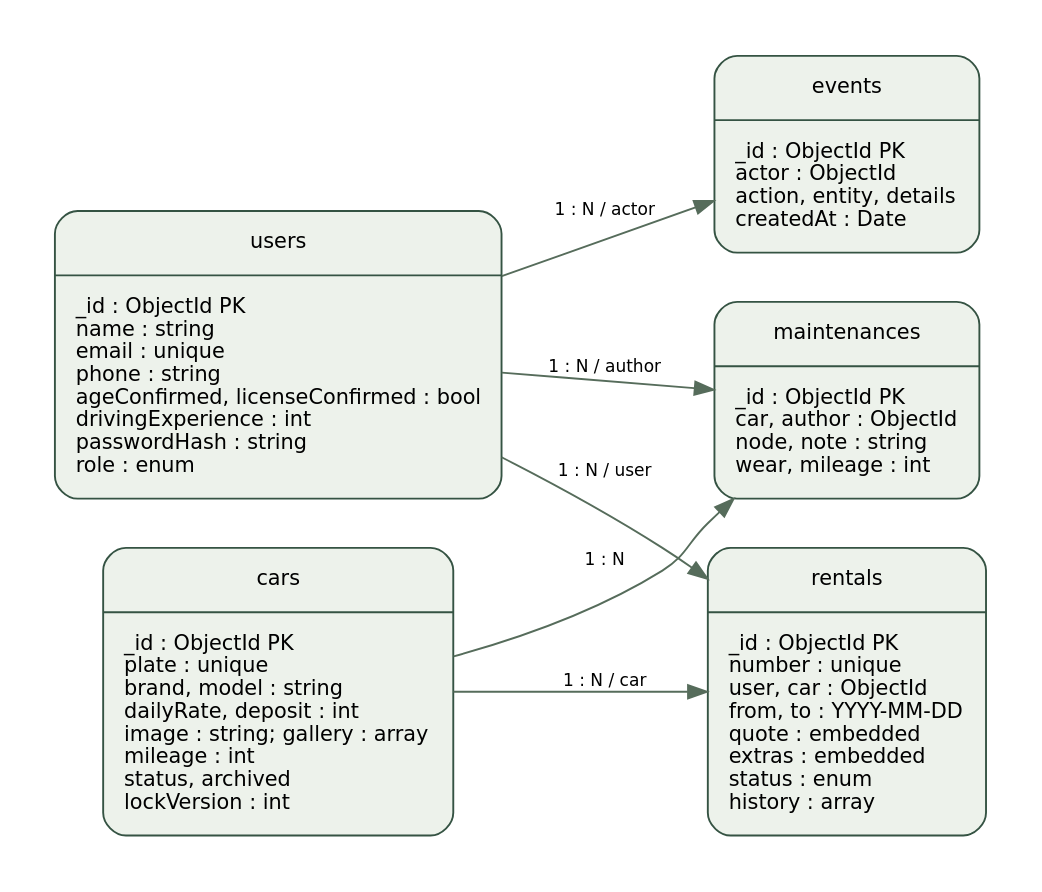
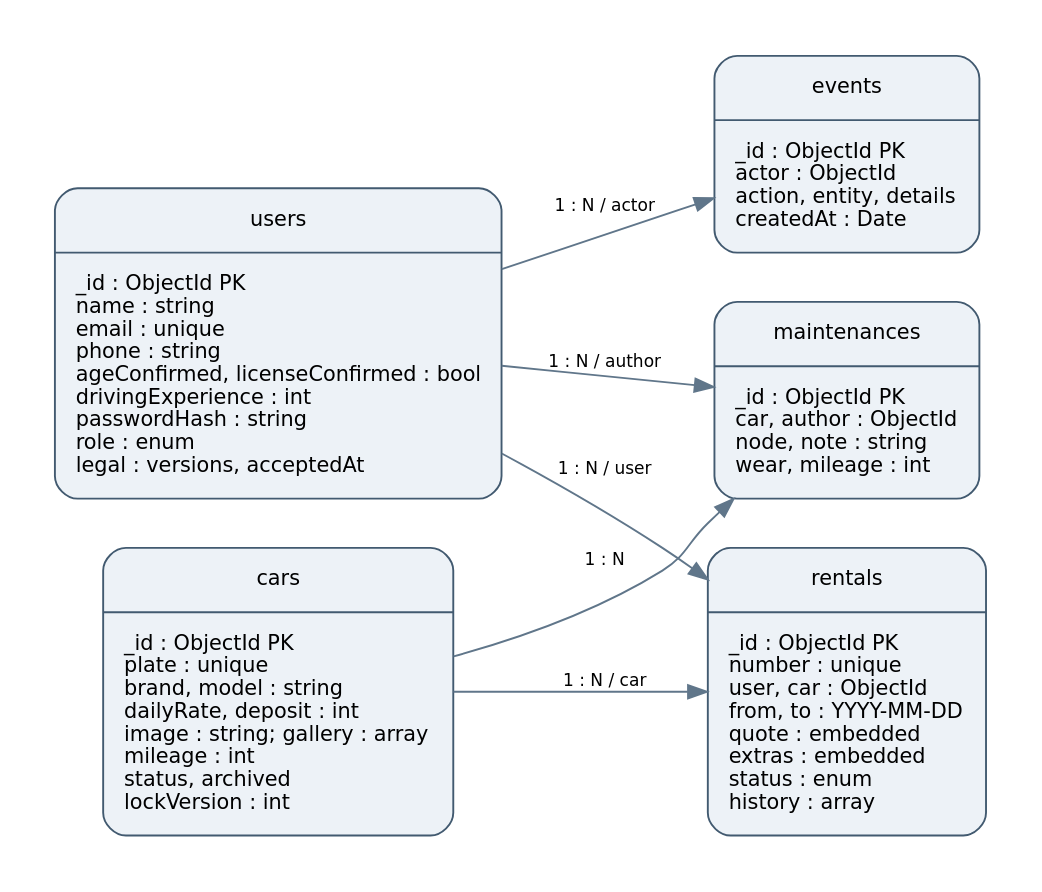
One commit to alexander2007B/cursovaya changed the diagram in docs/diagrams/er.dot. Above: the diagram before and after it, drawn with Graphviz. The commit also changed 124 other files, not shown here.

```diff
--- a/docs/diagrams/er.dot
+++ b/docs/diagrams/er.dot
@@ -1,1 +1,1 @@
-digraph G {graph [fontname="DejaVu Sans",bgcolor="white",pad="0.3",ranksep="0.65",nodesep="0.35"]; node [fontname="DejaVu Sans",fontsize=11,shape=box,style="rounded,filled",fillcolor="#edf2eb",color="#355343",margin="0.15"]; edge [fontname="DejaVu Sans",fontsize=9,color="#566c5b"];rankdir=LR; node[shape=record]; users[label="users|_id : ObjectId PK\lname : string\lemail : unique\lphone : string\lageConfirmed, licenseConfirmed : bool\ldrivingExperience : int\lpasswordHash : string\lrole : enum\l"]; cars[label="cars|_id : ObjectId PK\lplate : unique\lbrand, model : string\ldailyRate, deposit : int\limage : string; gallery : array\lmileage : int\lstatus, archived\llockVersion : int\l"]; rentals[label="rentals|_id : ObjectId PK\lnumber : unique\luser, car : ObjectId\lfrom, to : YYYY-MM-DD\lquote : embedded\lextras : embedded\lstatus : enum\lhistory : array\l"]; maintenance[label="maintenances|_id : ObjectId PK\lcar, author : ObjectId\lnode, note : string\lwear, mileage : int\l"]; events[label="events|_id : ObjectId PK\lactor : ObjectId\laction, entity, details\lcreatedAt : Date\l"]; users->rentals[label="1 : N / user"]; cars->rentals[label="1 : N / car"]; cars->maintenance[label="1 : N"];users->maintenance[label="1 : N / author"];users->events[label="1 : N / actor"];}
+digraph G {graph [fontname="DejaVu Sans",bgcolor="white",pad="0.3",ranksep="0.65",nodesep="0.35"]; node [fontname="DejaVu Sans",fontsize=11,shape=box,style="rounded,filled",fillcolor="#edf2f7",color="#425a70",margin="0.15"]; edge [fontname="DejaVu Sans",fontsize=9,color="#60768a"];rankdir=LR; node[shape=record]; users[label="users|_id : ObjectId PK\lname : string\lemail : unique\lphone : string\lageConfirmed, licenseConfirmed : bool\ldrivingExperience : int\lpasswordHash : string\lrole : enum\llegal : versions, acceptedAt\l"]; cars[label="cars|_id : ObjectId PK\lplate : unique\lbrand, model : string\ldailyRate, deposit : int\limage : string; gallery : array\lmileage : int\lstatus, archived\llockVersion : int\l"]; rentals[label="rentals|_id : ObjectId PK\lnumber : unique\luser, car : ObjectId\lfrom, to : YYYY-MM-DD\lquote : embedded\lextras : embedded\lstatus : enum\lhistory : array\l"]; maintenance[label="maintenances|_id : ObjectId PK\lcar, author : ObjectId\lnode, note : string\lwear, mileage : int\l"]; events[label="events|_id : ObjectId PK\lactor : ObjectId\laction, entity, details\lcreatedAt : Date\l"]; users->rentals[label="1 : N / user"]; cars->rentals[label="1 : N / car"]; cars->maintenance[label="1 : N"];users->maintenance[label="1 : N / author"];users->events[label="1 : N / actor"];}
```
